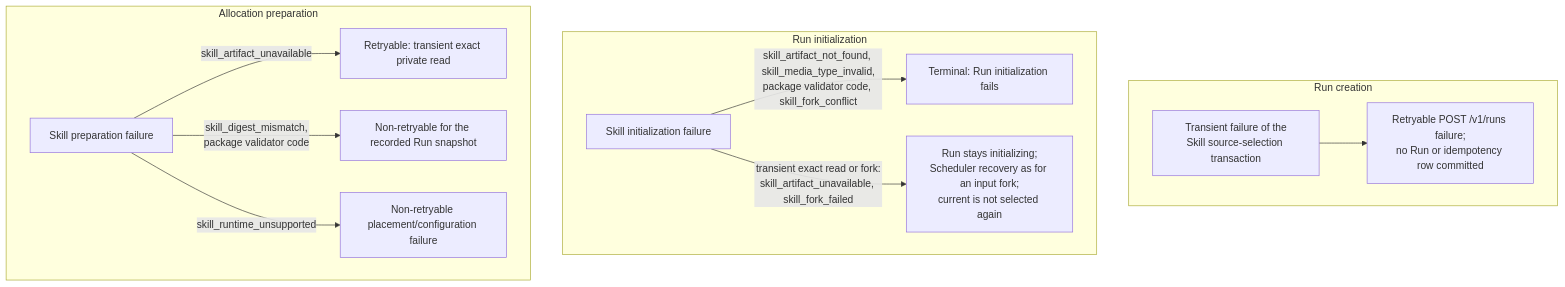
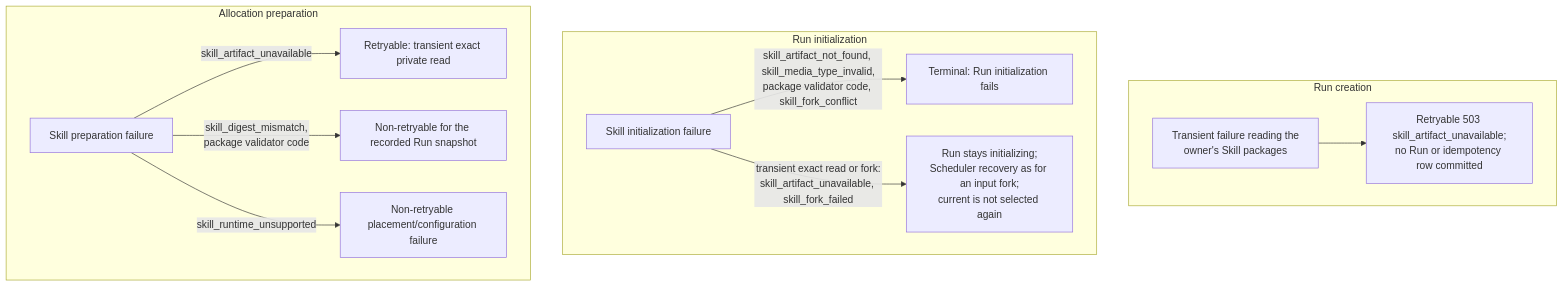
The diagram in docs/spec/platform/errors.md (grauwolf32/contractor), drawn with Mermaid before and after one commit. The commit also changed other lines of this file and 16 other files, not shown here.

````diff
--- a/docs/spec/platform/errors.md
+++ b/docs/spec/platform/errors.md
@@ -147,17 +149,17 @@
 ```mermaid
 flowchart TD
     subgraph creation["Run creation"]
-        S["Transient failure of the<br/>Skill source-selection transaction"] --> SF["Retryable POST /v1/runs failure;<br/>no Run or idempotency row committed"]
+        S["Transient failure reading the<br/>owner's Skill packages"] --> SF["Retryable 503 skill_artifact_unavailable;<br/>no Run or idempotency row committed"]
     end
     subgraph init["Run initialization"]
         R["Skill initialization failure"]
         R -->|"skill_artifact_not_found, skill_media_type_invalid,<br/>package validator code, skill_fork_conflict"| T["Terminal: Run initialization fails"]
         R -->|"transient exact read or fork:<br/>skill_artifact_unavailable, skill_fork_failed"| W["Run stays initializing;<br/>Scheduler recovery as for an input fork;<br/>current is not selected again"]
     end
     subgraph prep["Allocation preparation"]
         P["Skill preparation failure"]
         P -->|"skill_artifact_unavailable"| PR["Retryable: transient exact private read"]
         P -->|"skill_digest_mismatch,<br/>package validator code"| PN["Non-retryable for the recorded Run snapshot"]
         P -->|"skill_runtime_unsupported"| PU["Non-retryable placement/configuration failure"]
     end
 ```
````
